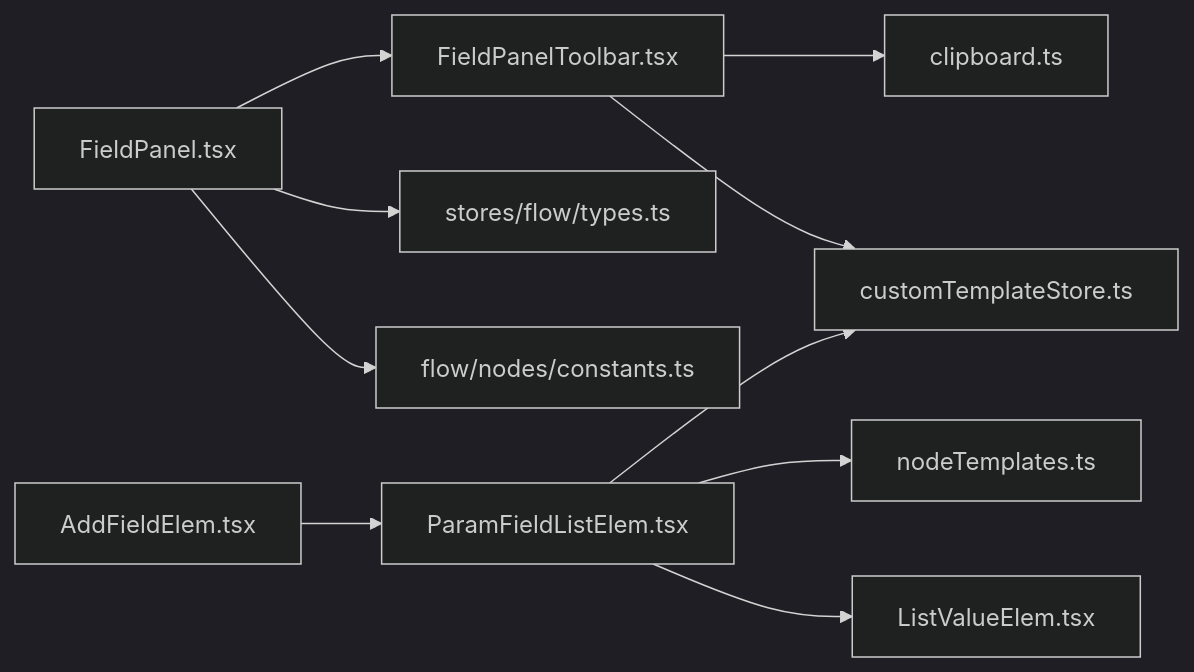
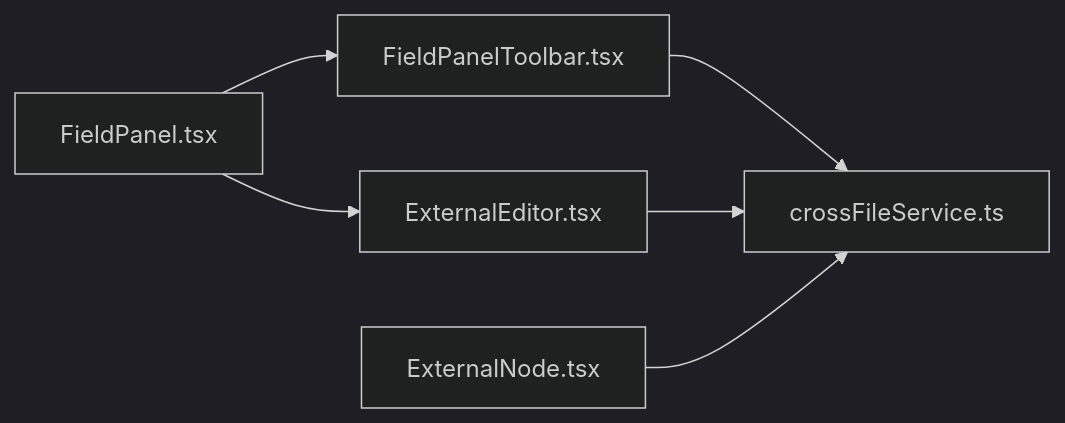
Before and after one commit to kqcoxn/MaaPipelineEditor: the sixth of 6 diagrams in .qoder/repowiki/zh/content/核心概念/字段面板工具栏.md, drawn with Mermaid (dark theme). The commit also changed other lines of this file and 6 other files, not shown here.

````diff
--- a/.qoder/repowiki/zh/content/核心概念/字段面板工具栏.md
+++ b/.qoder/repowiki/zh/content/核心概念/字段面板工具栏.md
@@ -320,12 +230,8 @@
 ```mermaid
 graph LR
-FPT["FieldPanelToolbar.tsx"] --> CLP["clipboard.ts"]
-FPT --> CTS["customTemplateStore.ts"]
+FPT["FieldPanelToolbar.tsx"] --> CFS["crossFileService.ts"]
 FP["FieldPanel.tsx"] --> FPT
-FP --> TYP["stores/flow/types.ts"]
-FP --> NCONST["flow/nodes/constants.ts"]
-PFL["ParamFieldListElem.tsx"] --> CTS
-PFL --> NT["nodeTemplates.ts"]
-PFL --> LVE["ListValueElem.tsx"]
-AFE["AddFieldElem.tsx"] --> PFL
+FP --> END["ExternalEditor.tsx"]
+END --> CFS
+EN["ExternalNode.tsx"] --> CFS
 ```
````
